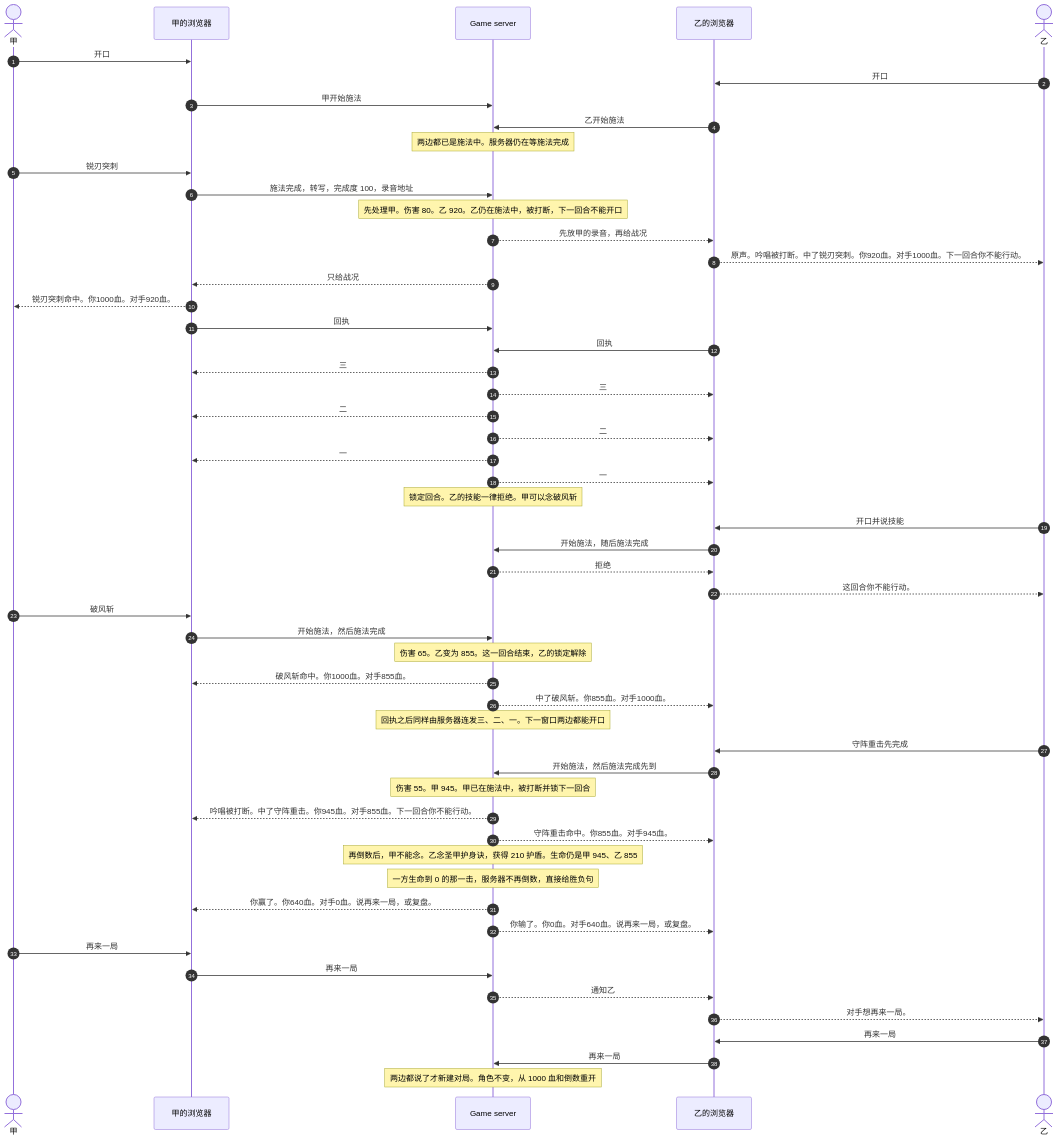
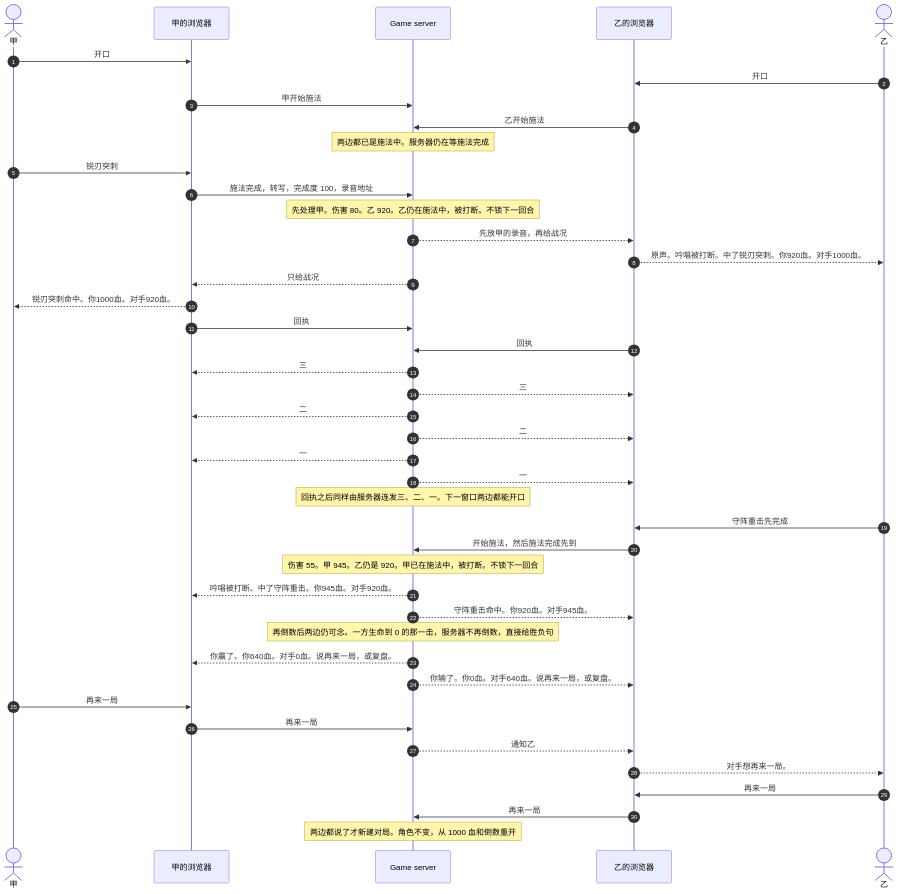
Before and after one commit to wilcosheh/lieyanliaoyuan: the second of 6 diagrams in docs/交互设计.md, drawn with Mermaid. The commit also changed other lines of this file and 4 other files, not shown here.

````diff
--- a/docs/交互设计.md
+++ b/docs/交互设计.md
@@ -298,57 +297,46 @@
 ```mermaid
 sequenceDiagram
     autonumber
     actor 甲
     participant WA as 甲的浏览器
     participant GS as Game server
     participant WB as 乙的浏览器
     actor 乙
 
     甲->>WA: 开口
     乙->>WB: 开口
     WA->>GS: 甲开始施法
     WB->>GS: 乙开始施法
     Note over GS: 两边都已是施法中。服务器仍在等施法完成
     甲->>WA: 锐刃突刺
     WA->>GS: 施法完成，转写，完成度 100，录音地址
-    Note over GS: 先处理甲。伤害 80。乙 920。乙仍在施法中，被打断，下一回合不能开口
+    Note over GS: 先处理甲。伤害 80。乙 920。乙仍在施法中，被打断。不锁下一回合
     GS-->>WB: 先放甲的录音，再给战况
-    WB-->>乙: 原声。吟唱被打断。中了锐刃突刺。你920血。对手1000血。下一回合你不能行动。
+    WB-->>乙: 原声。吟唱被打断。中了锐刃突刺。你920血。对手1000血。
     GS-->>WA: 只给战况
     WA-->>甲: 锐刃突刺命中。你1000血。对手920血。
     WA->>GS: 回执
     WB->>GS: 回执
     GS-->>WA: 三
     GS-->>WB: 三
     GS-->>WA: 二
     GS-->>WB: 二
     GS-->>WA: 一
     GS-->>WB: 一
-    Note over GS: 锁定回合。乙的技能一律拒绝。甲可以念破风斩
-    乙->>WB: 开口并说技能
-    WB->>GS: 开始施法，随后施法完成
-    GS-->>WB: 拒绝
-    WB-->>乙: 这回合你不能行动。
-    甲->>WA: 破风斩
-    WA->>GS: 开始施法，然后施法完成
-    Note over GS: 伤害 65。乙变为 855。这一回合结束，乙的锁定解除
-    GS-->>WA: 破风斩命中。你1000血。对手855血。
-    GS-->>WB: 中了破风斩。你855血。对手1000血。
     Note over GS: 回执之后同样由服务器连发三、二、一。下一窗口两边都能开口
     乙->>WB: 守阵重击先完成
     WB->>GS: 开始施法，然后施法完成先到
-    Note over GS: 伤害 55。甲 945。甲已在施法中，被打断并锁下一回合
-    GS-->>WA: 吟唱被打断。中了守阵重击。你945血。对手855血。下一回合你不能行动。
-    GS-->>WB: 守阵重击命中。你855血。对手945血。
-    Note over GS: 再倒数后，甲不能念。乙念圣甲护身诀，获得 210 护盾。生命仍是甲 945、乙 855
-    Note over GS: 一方生命到 0 的那一击，服务器不再倒数，直接给胜负句
+    Note over GS: 伤害 55。甲 945。乙仍是 920。甲已在施法中，被打断。不锁下一回合
+    GS-->>WA: 吟唱被打断。中了守阵重击。你945血。对手920血。
+    GS-->>WB: 守阵重击命中。你920血。对手945血。
+    Note over GS: 再倒数后两边仍可念。一方生命到 0 的那一击，服务器不再倒数，直接给胜负句
     GS-->>WA: 你赢了。你640血。对手0血。说再来一局，或复盘。
     GS-->>WB: 你输了。你0血。对手640血。说再来一局，或复盘。
     甲->>WA: 再来一局
     WA->>GS: 再来一局
     GS-->>WB: 通知乙
     WB-->>乙: 对手想再来一局。
     乙->>WB: 再来一局
     WB->>GS: 再来一局
     Note over GS: 两边都说了才新建对局。角色不变，从 1000 血和倒数重开
 ```
````
